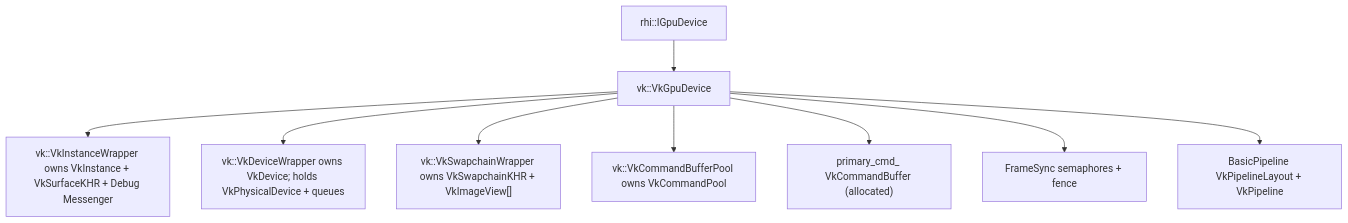
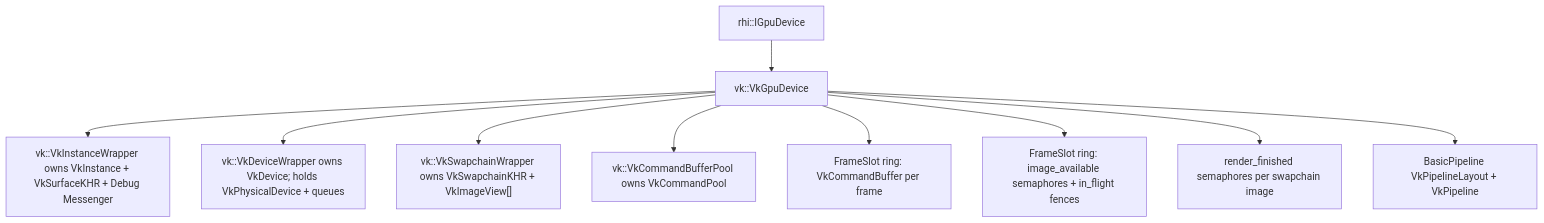
The second of 2 diagrams in docs/LIFETIME_MODEL.md (nduplessis11/strata), drawn with Mermaid before and after one commit. The commit also changed other lines of this file and 7 other files, not shown here.

````diff
--- a/docs/LIFETIME_MODEL.md
+++ b/docs/LIFETIME_MODEL.md
@@ -58,12 +58,13 @@
 ```mermaid
 flowchart TD
   D[rhi::IGpuDevice] --> VK[vk::VkGpuDevice]
 
   VK --> INST[vk::VkInstanceWrapper owns VkInstance + VkSurfaceKHR + Debug Messenger]
   VK --> DEV[vk::VkDeviceWrapper owns VkDevice; holds VkPhysicalDevice + queues]
   VK --> SW["vk::VkSwapchainWrapper owns VkSwapchainKHR + VkImageView[]"]
   VK --> CP[vk::VkCommandBufferPool owns VkCommandPool]
-  VK --> CMD["primary_cmd_ VkCommandBuffer (allocated)"]
-  VK --> SYNC[FrameSync semaphores + fence]
+  VK --> CMD["FrameSlot ring: VkCommandBuffer per frame"]
+  VK --> SYNC["FrameSlot ring: image_available semaphores + in_flight fences"]
+  VK --> RF["render_finished semaphores per swapchain image"]
   VK --> PIPE[BasicPipeline VkPipelineLayout + VkPipeline]
 ```
````
